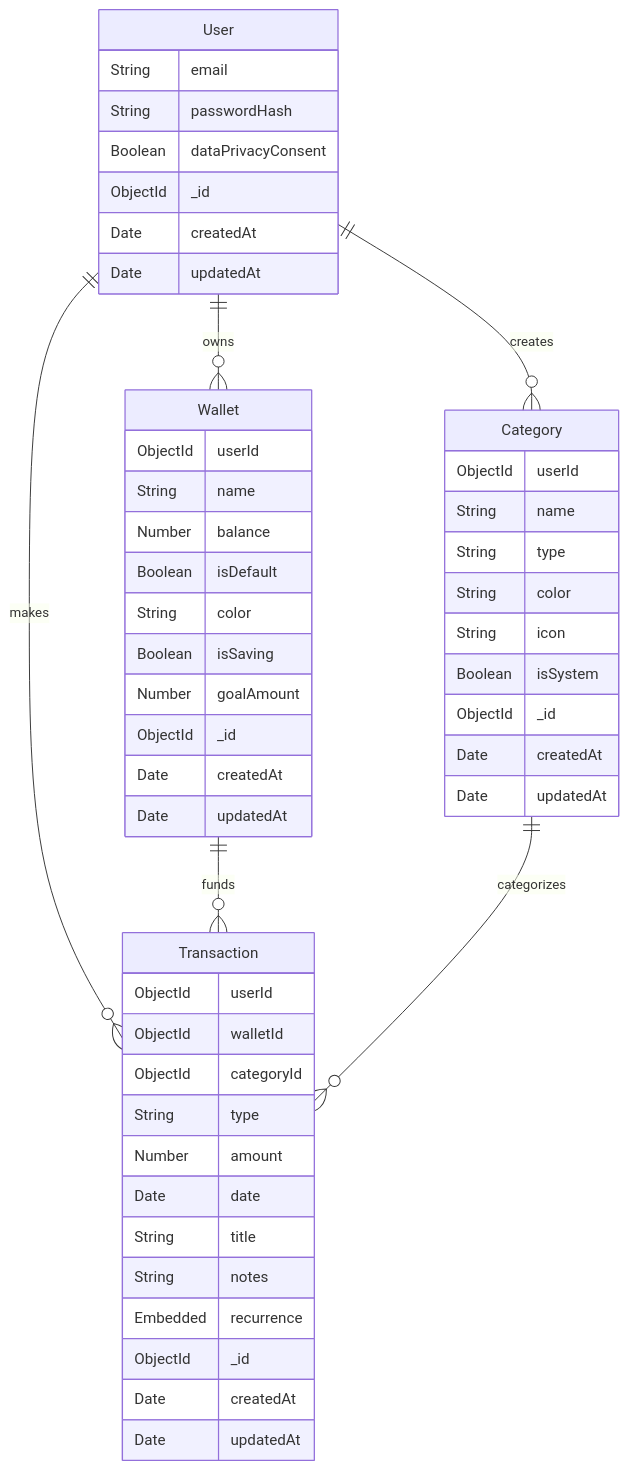
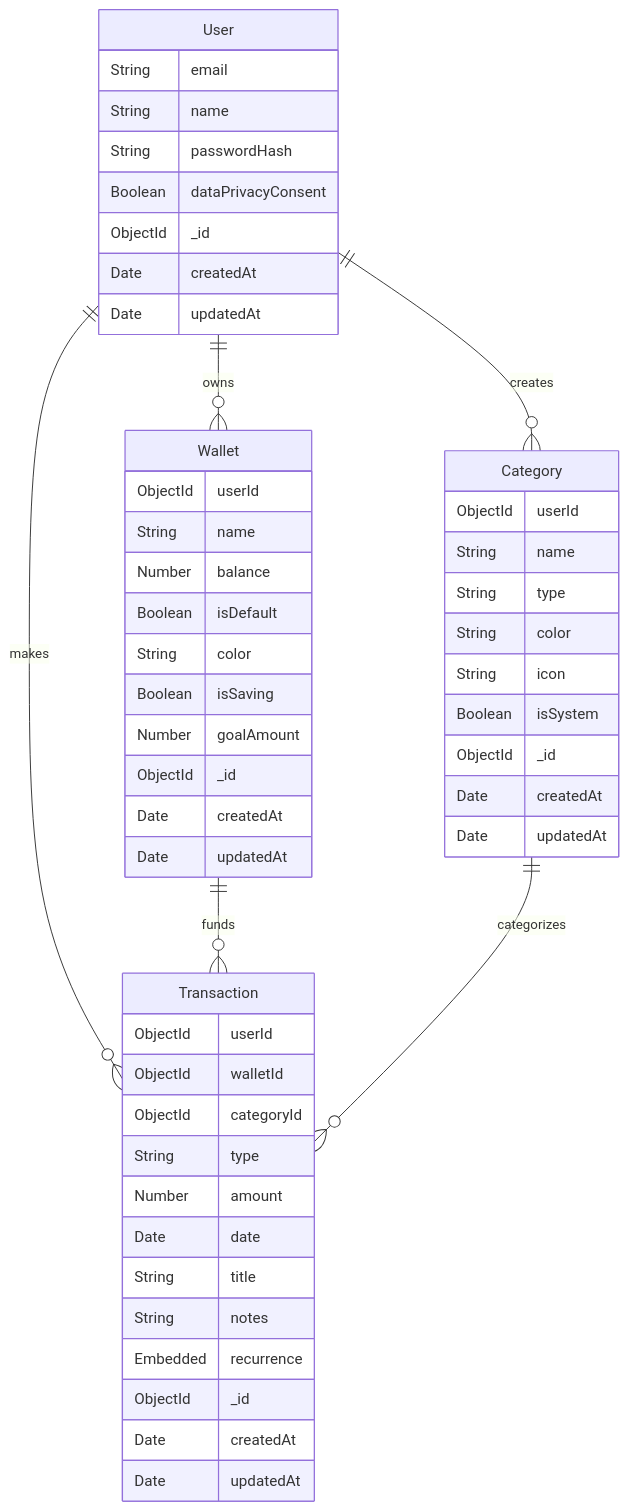
Before and after one commit to ComBiao/FinLover: the diagram in docs/ERD.md, drawn with Mermaid. The commit also changed 25 other files, not shown here.

````diff
--- a/docs/ERD.md
+++ b/docs/ERD.md
@@ -3,58 +3,59 @@
 ```mermaid
 erDiagram
   User ||--o{ Wallet : "owns"
   User ||--o{ Category : "creates"
   User ||--o{ Transaction : "makes"
   Wallet ||--o{ Transaction : "funds"
   Category ||--o{ Transaction : "categorizes"
 
   User {
     String email
+    String name
     String passwordHash
     Boolean dataPrivacyConsent
     ObjectId _id
     Date createdAt
     Date updatedAt
   }
 
   Wallet {
     ObjectId userId
     String name
     Number balance
     Boolean isDefault
     String color
     Boolean isSaving
     Number goalAmount
     ObjectId _id
     Date createdAt
     Date updatedAt
   }
 
   Category {
     ObjectId userId
     String name
     String type
     String color
     String icon
     Boolean isSystem
     ObjectId _id
     Date createdAt
     Date updatedAt
   }
 
   Transaction {
     ObjectId userId
     ObjectId walletId
     ObjectId categoryId
     String type
     Number amount
     Date date
     String title
     String notes
     Embedded recurrence
     ObjectId _id
     Date createdAt
     Date updatedAt
   }
 
 ```
````
